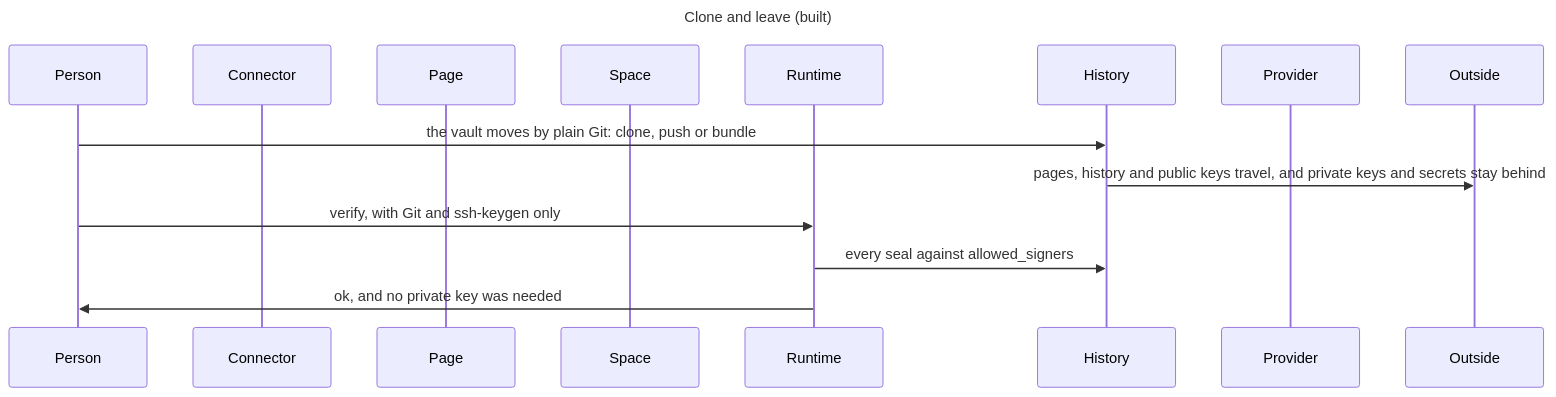
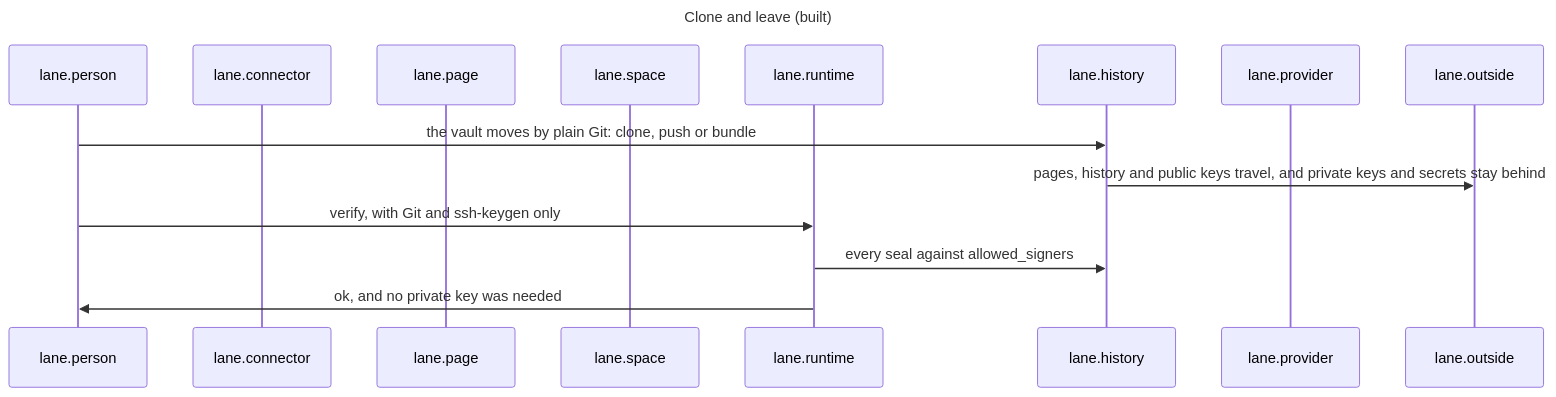
Before and after one commit to drksci/conky: diagram 13 of 29 in docs/reference/architecture.md, drawn with Mermaid. The commit also changed other lines of this file and 84 other files, not shown here.

First line of the commit message:
refactor: give every part of the architecture a dotted name

````diff
--- a/docs/reference/architecture.md
+++ b/docs/reference/architecture.md
@@ -616,19 +642,19 @@
 ```mermaid
 ---
 title: Clone and leave (built)
 ---
 sequenceDiagram
-    participant Person
-    participant Connector
-    participant Page
-    participant Space
-    participant Runtime
-    participant History
-    participant Provider
-    participant Outside
-    Person->>History: the vault moves by plain Git: clone, push or bundle
-    History->>Outside: pages, history and public keys travel, and private keys and secrets stay behind
-    Person->>Runtime: verify, with Git and ssh-keygen only
-    Runtime->>History: every seal against allowed_signers
-    Runtime->>Person: ok, and no private key was needed
+    participant lane.person
+    participant lane.connector
+    participant lane.page
+    participant lane.space
+    participant lane.runtime
+    participant lane.history
+    participant lane.provider
+    participant lane.outside
+    lane.person->>lane.history: the vault moves by plain Git: clone, push or bundle
+    lane.history->>lane.outside: pages, history and public keys travel, and private keys and secrets stay behind
+    lane.person->>lane.runtime: verify, with Git and ssh-keygen only
+    lane.runtime->>lane.history: every seal against allowed_signers
+    lane.runtime->>lane.person: ok, and no private key was needed
 ```
````
